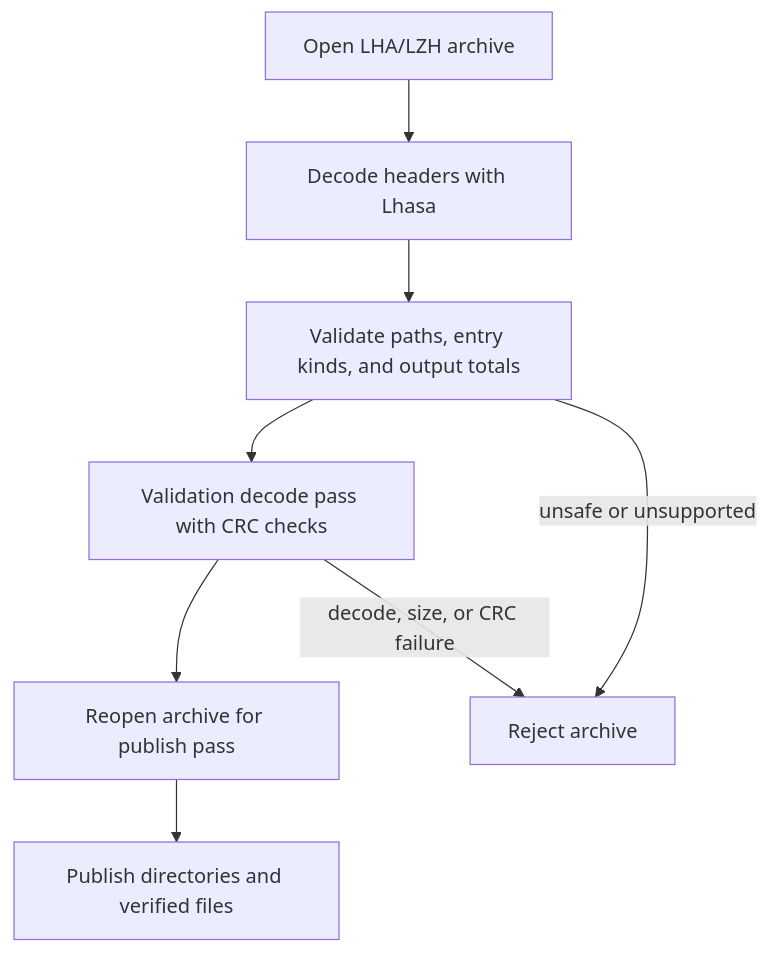
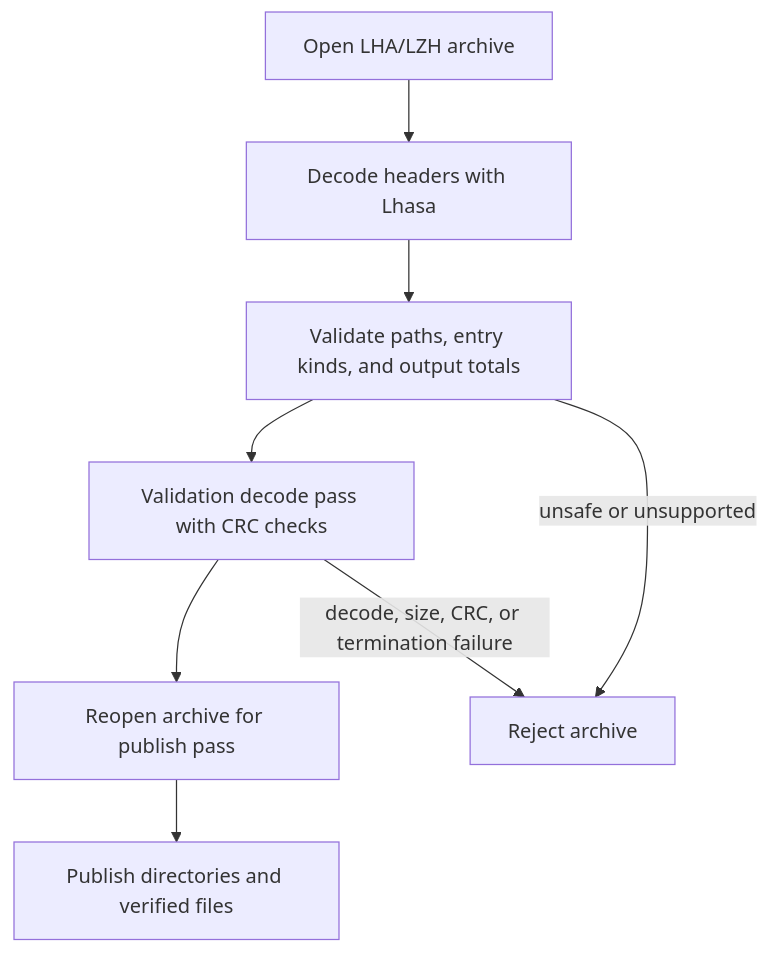
Before and after one commit to strmt7/FlitzZip: the tenth of 24 diagrams in docs/archive-format-support.md, drawn with Mermaid. The commit also changed other lines of this file and 17 other files, not shown here.

````diff
--- a/docs/archive-format-support.md
+++ b/docs/archive-format-support.md
@@ -735,10 +744,10 @@
 ```mermaid
 flowchart TD
     A["Open LHA/LZH archive"] --> B["Decode headers with Lhasa"]
     B --> C["Validate paths, entry kinds, and output totals"]
     C --> D["Validation decode pass with CRC checks"]
     D --> E["Reopen archive for publish pass"]
     E --> F["Publish directories and verified files"]
     C -->|"unsafe or unsupported"| G["Reject archive"]
-    D -->|"decode, size, or CRC failure"| G
+    D -->|"decode, size, CRC, or termination failure"| G
 ```
````
